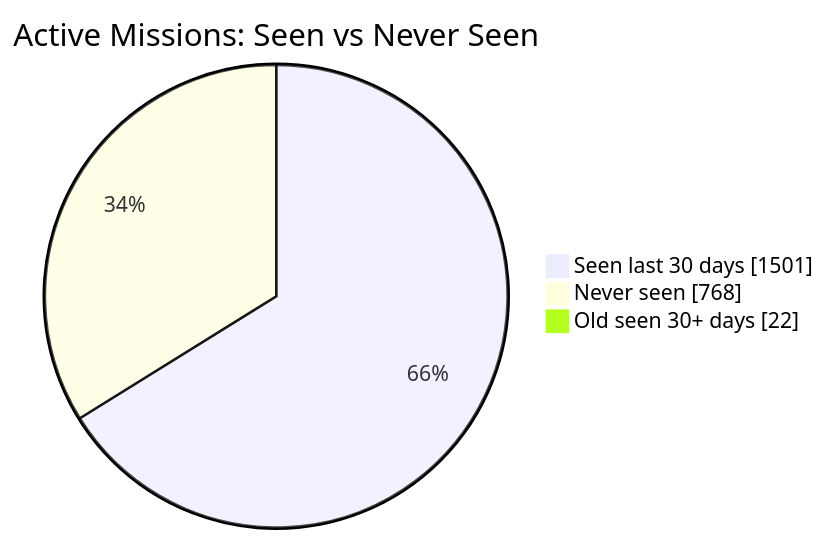
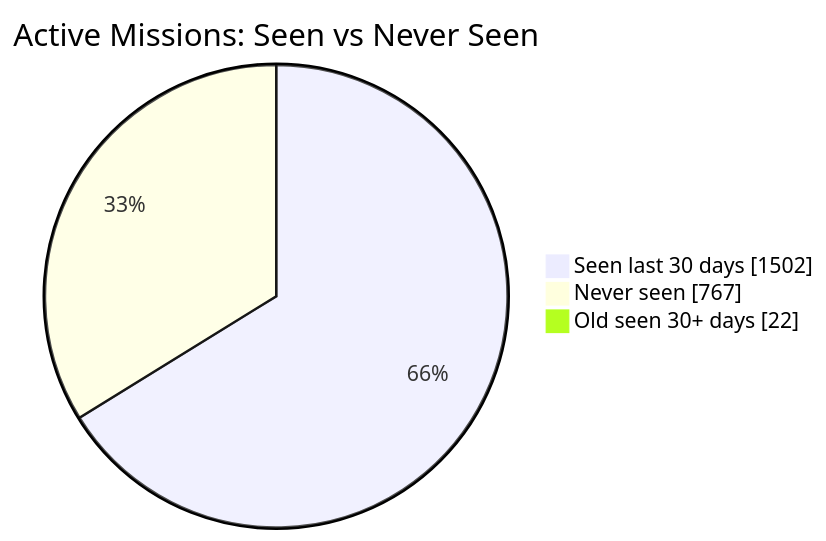
The first of 2 diagrams in README.md (MeldkamerspelGameTeam/active-missions), drawn with Mermaid before and after one commit. The commit also changed other lines of this file and 2 other files, not shown here.

````diff
--- a/README.md
+++ b/README.md
@@ -34,7 +34,7 @@
 ```mermaid
 pie showData
     title Active Missions: Seen vs Never Seen
-    "Seen last 30 days" : 1501
-    "Never seen" : 768
+    "Seen last 30 days" : 1502
+    "Never seen" : 767
     "Old seen 30+ days" : 22
 ```
````
